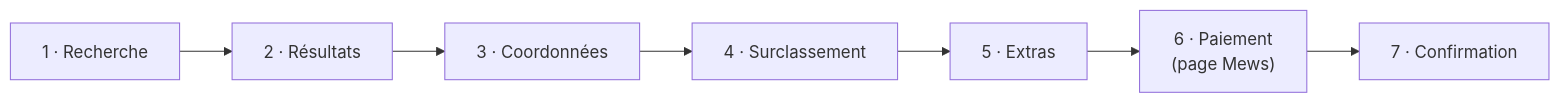
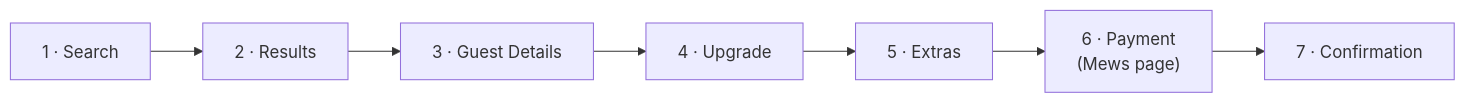
The second of 4 diagrams in docs/architecture.md (REVREBEL/urban-cowboy-booking-engine), drawn with Mermaid before and after one commit. The commit also changed other lines of this file and 10 other files, not shown here.

````diff
--- a/docs/architecture.md
+++ b/docs/architecture.md
@@ -51,4 +51,5 @@
 ```mermaid
 flowchart LR
-  A["1 · Recherche"] --> B["2 · Résultats"] --> C["3 · Coordonnées"] --> D["4 · Surclassement"] --> E["5 · Extras"] --> F["6 · Paiement<br/>(page Mews)"] --> G["7 · Confirmation"]
+  A["1 · Search"] --> B["2 · Results"] --> C["3 · Guest Details"] --> D["4 · Upgrade"] --> E["5 · Extras"] --> F["6 · Payment<br/>(Mews page)"] --> G["7 · Confirmation"]
+
 ```
````
